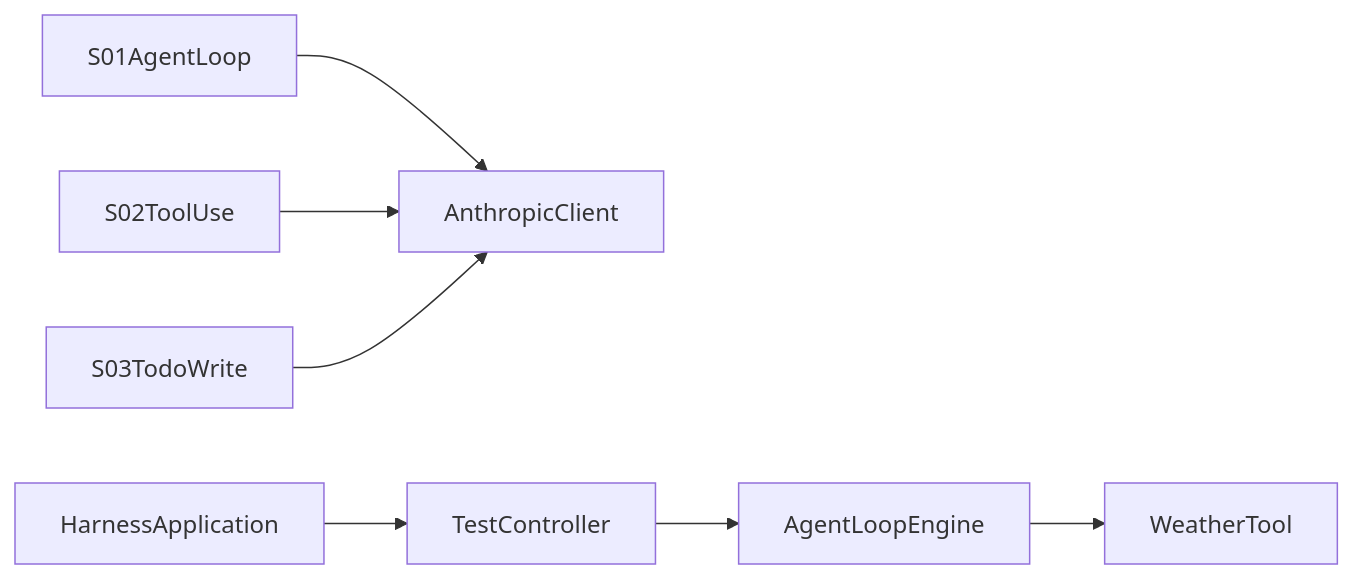
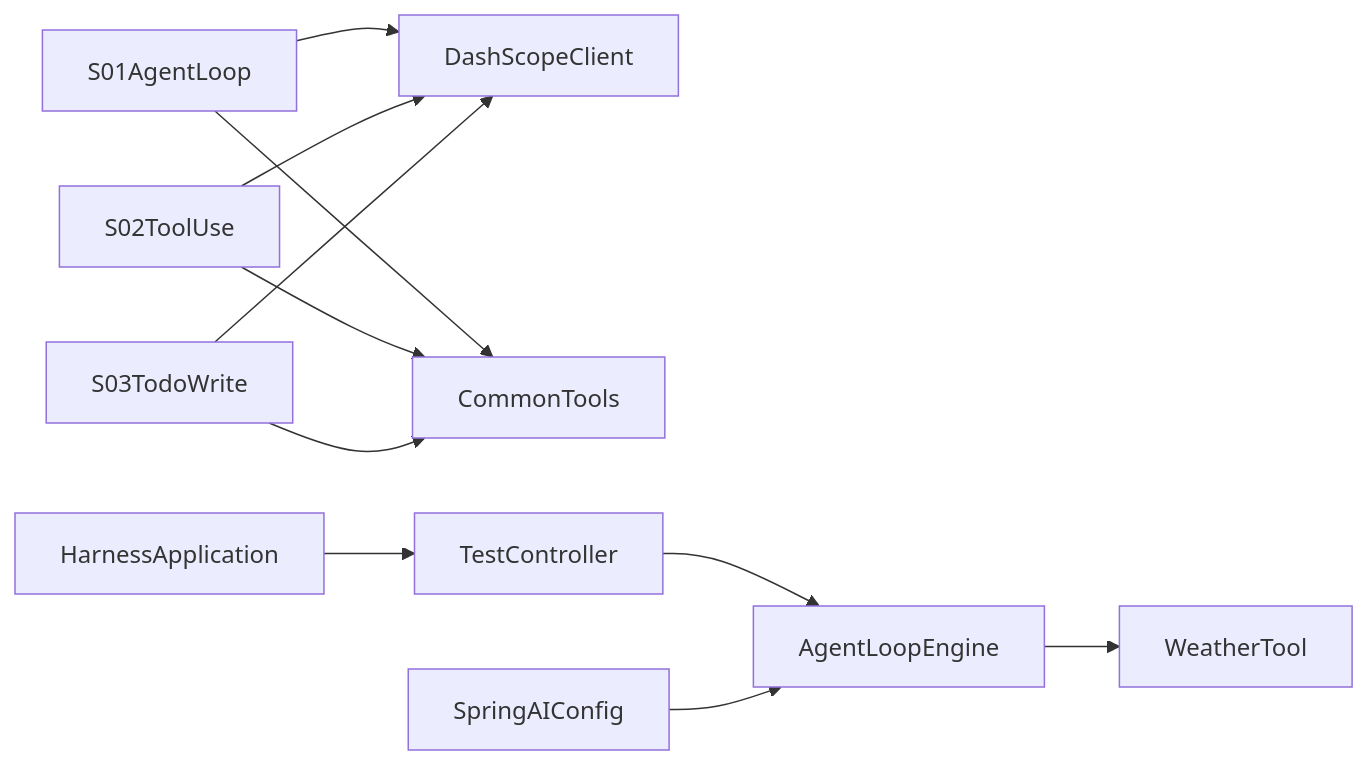
The seventh of 7 diagrams in .qoder/repowiki/zh/content/代理模块系列/基础代理模块.md (zhaojunyi0016/learn-harness), drawn with Mermaid before and after one commit. The commit also changed other lines of this file and 5 other files, not shown here.

````diff
--- a/.qoder/repowiki/zh/content/代理模块系列/基础代理模块.md
+++ b/.qoder/repowiki/zh/content/代理模块系列/基础代理模块.md
@@ -291,9 +313,13 @@
 ```mermaid
 graph LR
-S01["S01AgentLoop"] --> AC["AnthropicClient"]
-S02["S02ToolUse"] --> AC
-S03["S03TodoWrite"] --> AC
+S01["S01AgentLoop"] --> DC["DashScopeClient"]
+S02["S02ToolUse"] --> DC
+S03["S03TodoWrite"] --> DC
+S01 --> CT["CommonTools"]
+S02 --> CT
+S03 --> CT
 TC["TestController"] --> ALE["AgentLoopEngine"]
 ALE --> WT["WeatherTool"]
 HA["HarnessApplication"] --> TC
+SC["SpringAIConfig"] --> ALE
 ```
````
